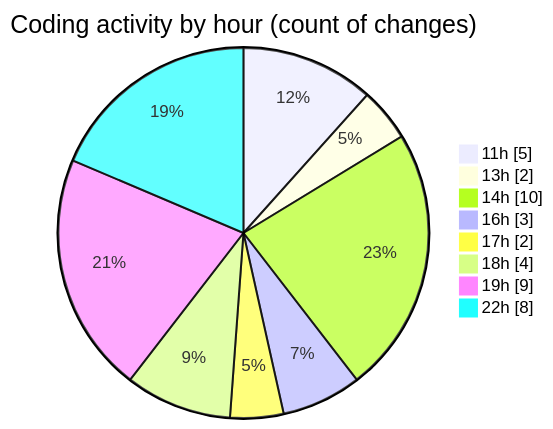
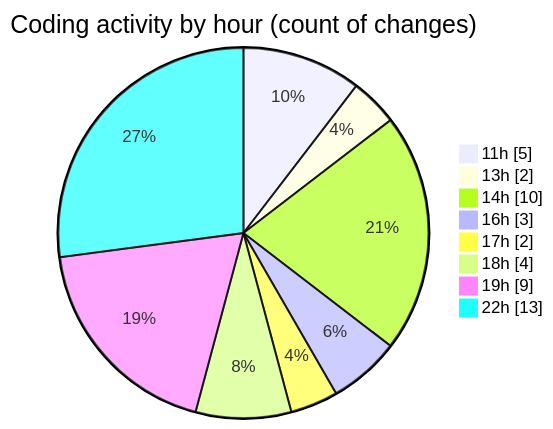
One commit to julien-gomy/code-tracking changed the second of 2 diagrams in 2025-10-27/usr_aleoudev_fr__workspace_/README.md. Above: the diagram before and after it, drawn with Mermaid. The commit also changed other lines of this file and 1 other file, not shown here.

````diff
--- a/2025-10-27/usr_aleoudev_fr__workspace_/README.md
+++ b/2025-10-27/usr_aleoudev_fr__workspace_/README.md
@@ -37,12 +37,12 @@
 ```mermaid
 pie showData
 title Coding activity by hour (count of changes)
 "11h" : 5
 "13h" : 2
 "14h" : 10
 "16h" : 3
 "17h" : 2
 "18h" : 4
 "19h" : 9
-"22h" : 8
+"22h" : 13
 ```
````
